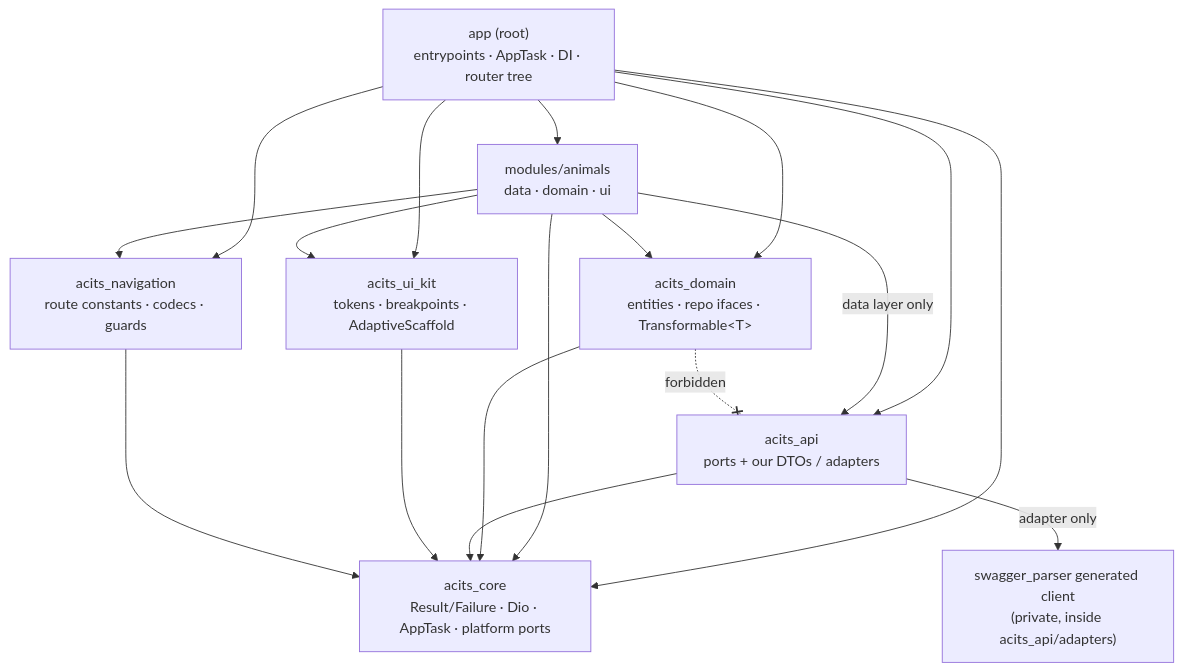
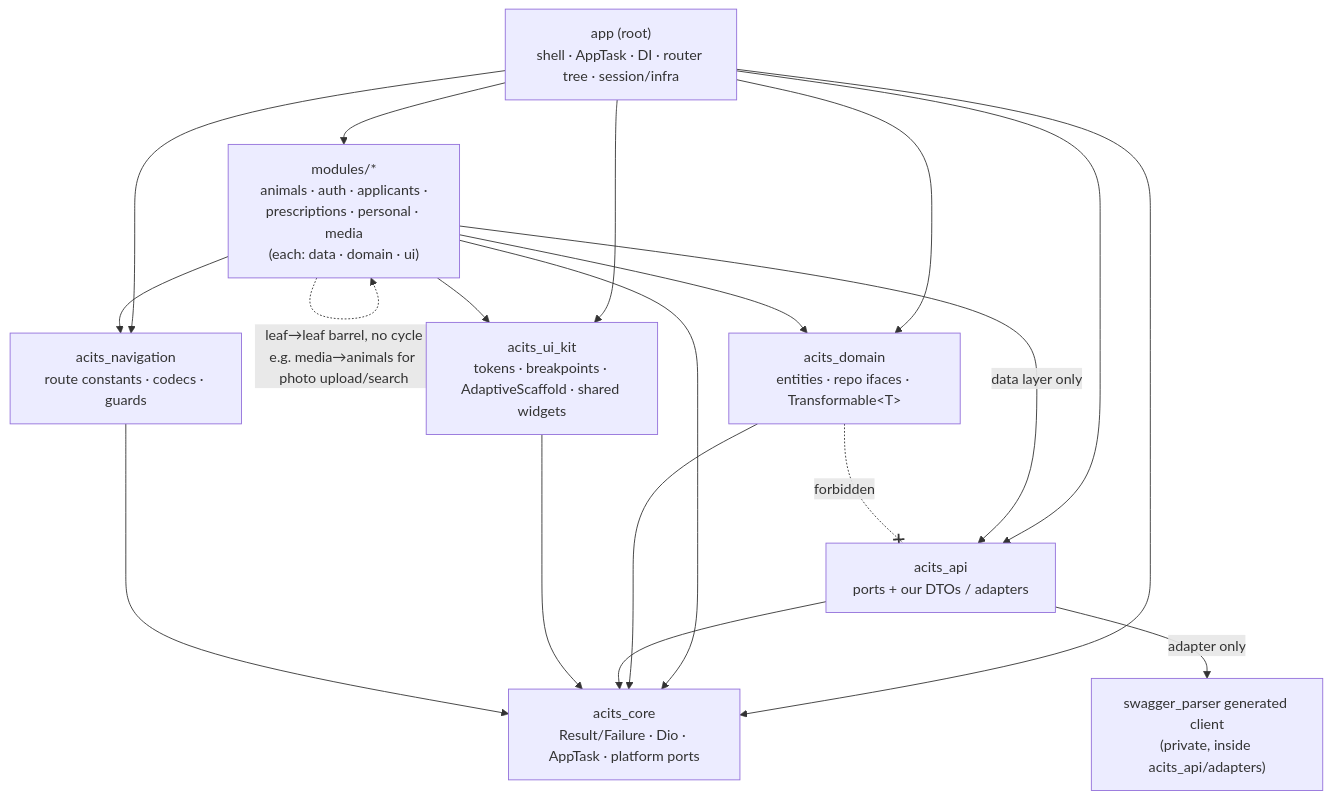
One commit to aiserrock/acits-flutter changed the first of 2 diagrams in ARCHITECTURE.md. Above: the diagram before and after it, drawn with Mermaid. The commit also changed other lines of this file and 1 other file, not shown here.

Commit message:
docs: reflect full modularization — 6 feature modules + shell principle
- ARCHITECTURE.md: all 6 modules (animals/auth/applicants/prescriptions/
  personal/media), app imports via barrels only, shell hosts animal_detail/
  edit (composition point, avoids media→animals→media cycle), leaf→leaf edges
- plan: record physical modularization sweep (shared widgets→ui_kit, 6 modules
  extracted, zero app imports, 294 tests, build web ✓)

````diff
--- a/ARCHITECTURE.md
+++ b/ARCHITECTURE.md
@@ -32,32 +43,33 @@
 ```mermaid
 graph TD
-    app["app (root)<br/>entrypoints · AppTask · DI · router tree"]
-    animals["modules/animals<br/>data · domain · ui"]
+    app["app (root)<br/>shell · AppTask · DI · router tree · session/infra"]
+    features["modules/*<br/>animals · auth · applicants ·<br/>prescriptions · personal · media<br/>(each: data · domain · ui)"]
     core["acits_core<br/>Result/Failure · Dio · AppTask · platform ports"]
     domain["acits_domain<br/>entities · repo ifaces · Transformable&lt;T&gt;"]
     api["acits_api<br/>ports + our DTOs / adapters"]
-    uikit["acits_ui_kit<br/>tokens · breakpoints · AdaptiveScaffold"]
+    uikit["acits_ui_kit<br/>tokens · breakpoints · AdaptiveScaffold · shared widgets"]
     nav["acits_navigation<br/>route constants · codecs · guards"]
     gen["swagger_parser generated client<br/>(private, inside acits_api/adapters)"]
 
-    app --> animals
+    app --> features
     app --> core
     app --> domain
     app --> uikit
     app --> nav
     app --> api
 
-    animals --> core
-    animals --> domain
-    animals --> uikit
-    animals --> nav
-    animals -->|data layer only| api
+    features --> core
+    features --> domain
+    features --> uikit
+    features --> nav
+    features -->|data layer only| api
+    features -.->|leaf→leaf barrel, no cycle<br/>e.g. media→animals for photo upload/search| features
 
     domain --> core
     api --> core
     api -->|adapter only| gen
     uikit --> core
     nav --> core
 
     domain -. forbidden .-x api
 ```
````
